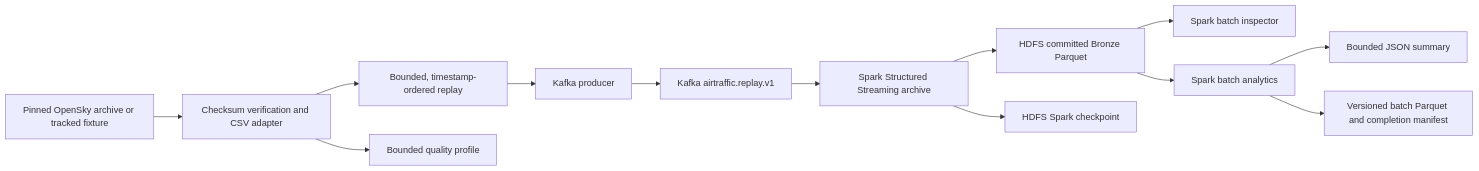
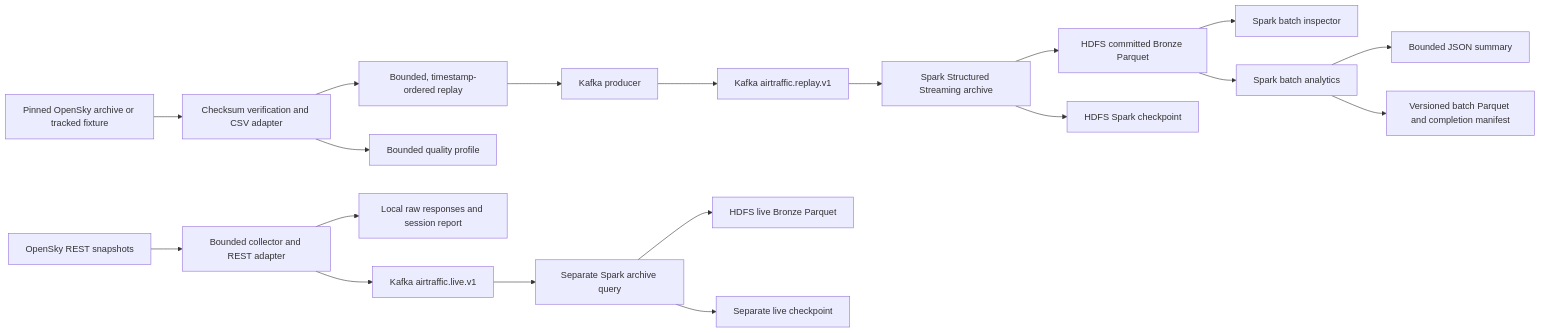
Before and after one commit to brianminhle/BigData_20261: the first of 2 diagrams in docs/architecture.md, drawn with Mermaid. The commit also changed other lines of this file and 27 other files, not shown here.

````diff
--- a/docs/architecture.md
+++ b/docs/architecture.md
@@ -7,15 +7,21 @@
 ```mermaid
 flowchart LR
     SOURCE[Pinned OpenSky archive or tracked fixture] --> VERIFY[Checksum verification and CSV adapter]
     VERIFY --> REPLAY[Bounded, timestamp-ordered replay]
     REPLAY --> PRODUCER[Kafka producer]
     PRODUCER --> TOPIC[Kafka airtraffic.replay.v1]
     TOPIC --> ARCHIVE[Spark Structured Streaming archive]
     ARCHIVE --> BRONZE[HDFS committed Bronze Parquet]
     ARCHIVE --> CHECKPOINT[HDFS Spark checkpoint]
     BRONZE --> INSPECT[Spark batch inspector]
     BRONZE --> ANALYTICS[Spark batch analytics]
     ANALYTICS --> SUMMARY[Bounded JSON summary]
     ANALYTICS --> OUTPUT[Versioned batch Parquet and completion manifest]
     VERIFY --> PROFILE[Bounded quality profile]
+    LIVE[OpenSky REST snapshots] --> COLLECT[Bounded collector and REST adapter]
+    COLLECT --> EVIDENCE[Local raw responses and session report]
+    COLLECT --> LIVE_TOPIC[Kafka airtraffic.live.v1]
+    LIVE_TOPIC --> LIVE_ARCHIVE[Separate Spark archive query]
+    LIVE_ARCHIVE --> LIVE_BRONZE[HDFS live Bronze Parquet]
+    LIVE_ARCHIVE --> LIVE_CHECKPOINT[Separate live checkpoint]
 ```
````
